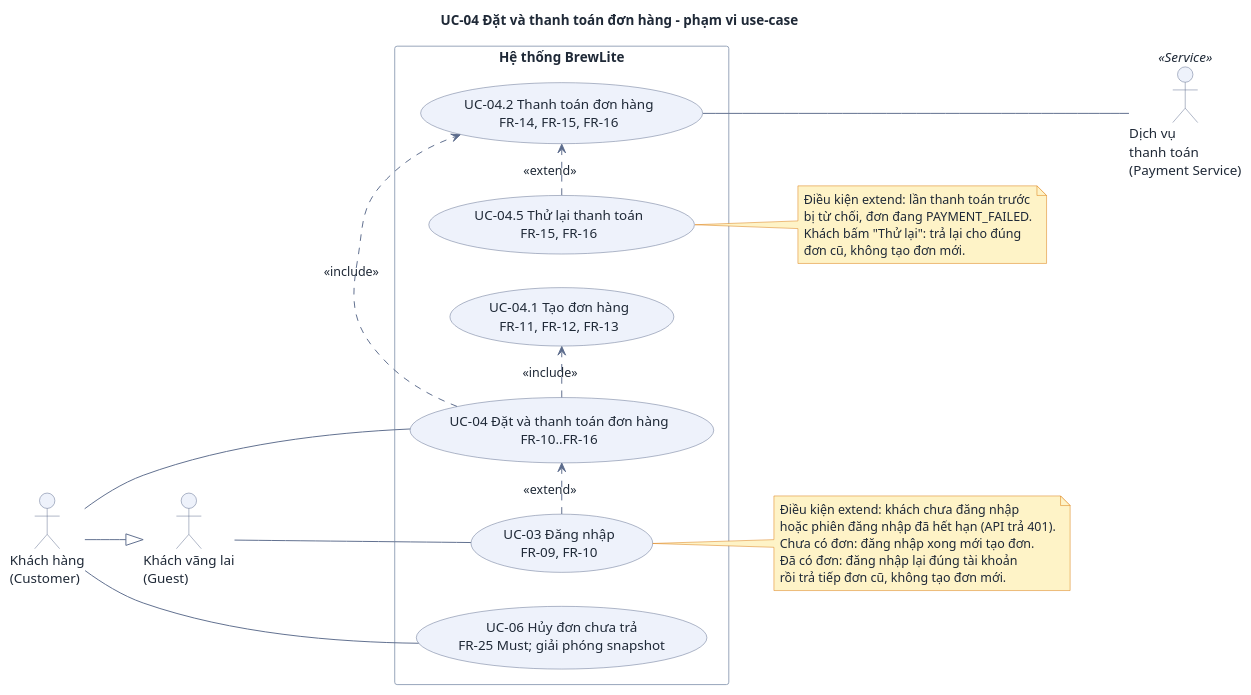
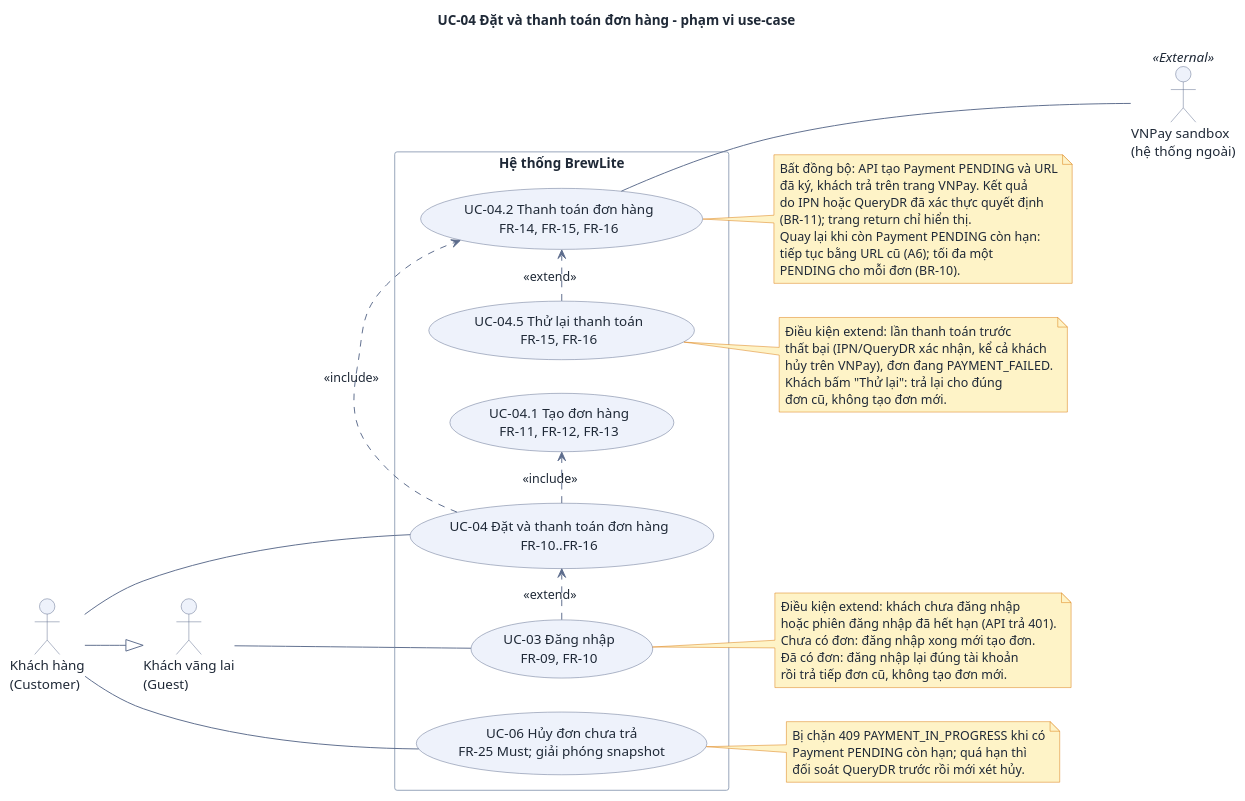
One commit to DuVinhLoi/BrewLite changed the diagram in docs/requirements/uc-checkout.puml. Above: the diagram before and after it, drawn with PlantUML. The commit also changed 6 other files, not shown here.

Commit message:
docs(payment): model VNPay checkout in use case and diagrams

```diff
--- a/docs/requirements/uc-checkout.puml
+++ b/docs/requirements/uc-checkout.puml
@@ -1,61 +1,78 @@
 @startuml uc-checkout
 ' BrewLite A2 - Use-case diagram cho UC-04 "Dat va thanh toan don hang" (de A2 3.3). Dac ta: docs/requirements/uc-checkout.md
 skinparam DefaultFontColor #1f2937
 skinparam ArrowColor #5b6b8c
 skinparam ArrowFontColor #1f2937
 skinparam RectangleBackgroundColor #ffffff
 skinparam RectangleBorderColor #94a3b8
 skinparam ActorBackgroundColor #eef2fb
 skinparam ActorBorderColor #5b6b8c
 skinparam UsecaseBackgroundColor #eef2fb
 skinparam UsecaseBorderColor #5b6b8c
 skinparam NoteBackgroundColor #fef3c7
 skinparam NoteBorderColor #d97706
 skinparam Shadowing false
 
 left to right direction
 
 title UC-04 Đặt và thanh toán đơn hàng - phạm vi use-case
 
 actor "Khách vãng lai\n(Guest)" as Guest
 actor "Khách hàng\n(Customer)" as Customer
-actor "Dịch vụ\nthanh toán\n(Payment Service)" as Pay <<Service>>
+actor "VNPay sandbox\n(hệ thống ngoài)" as Pay <<External>>
 
 Customer --|> Guest
 
 rectangle "Hệ thống BrewLite" {
   usecase "UC-04 Đặt và thanh toán đơn hàng\nFR-10..FR-16" as UC04
   usecase "UC-04.1 Tạo đơn hàng\nFR-11, FR-12, FR-13" as UC041
   usecase "UC-04.2 Thanh toán đơn hàng\nFR-14, FR-15, FR-16" as UC042
   usecase "UC-04.5 Thử lại thanh toán\nFR-15, FR-16" as UC045
   usecase "UC-06 Hủy đơn chưa trả\nFR-25 Must; giải phóng snapshot" as UC06
   usecase "UC-03 Đăng nhập\nFR-09, FR-10" as UC03
 }
 
 Customer --- UC04
 Customer --- UC06
 Guest --- UC03
 
 UC04 .> UC041 : <<include>>
 UC04 .> UC042 : <<include>>
 UC045 .> UC042 : <<extend>>
 UC03 .> UC04 : <<extend>>
 
 UC042 --- Pay
 
 note right of UC03
   Điều kiện extend: khách chưa đăng nhập
   hoặc phiên đăng nhập đã hết hạn (API trả 401).
   Chưa có đơn: đăng nhập xong mới tạo đơn.
   Đã có đơn: đăng nhập lại đúng tài khoản
   rồi trả tiếp đơn cũ, không tạo đơn mới.
 end note
 
 note right of UC045
   Điều kiện extend: lần thanh toán trước
-  bị từ chối, đơn đang PAYMENT_FAILED.
+  thất bại (IPN/QueryDR xác nhận, kể cả khách
+  hủy trên VNPay), đơn đang PAYMENT_FAILED.
   Khách bấm "Thử lại": trả lại cho đúng
   đơn cũ, không tạo đơn mới.
 end note
 
+note right of UC042
+  Bất đồng bộ: API tạo Payment PENDING và URL
+  đã ký, khách trả trên trang VNPay. Kết quả
+  do IPN hoặc QueryDR đã xác thực quyết định
+  (BR-11); trang return chỉ hiển thị.
+  Quay lại khi còn Payment PENDING còn hạn:
+  tiếp tục bằng URL cũ (A6); tối đa một
+  PENDING cho mỗi đơn (BR-10).
+end note
+
+note right of UC06
+  Bị chặn 409 PAYMENT_IN_PROGRESS khi có
+  Payment PENDING còn hạn; quá hạn thì
+  đối soát QueryDR trước rồi mới xét hủy.
+end note
+
 @enduml
```
